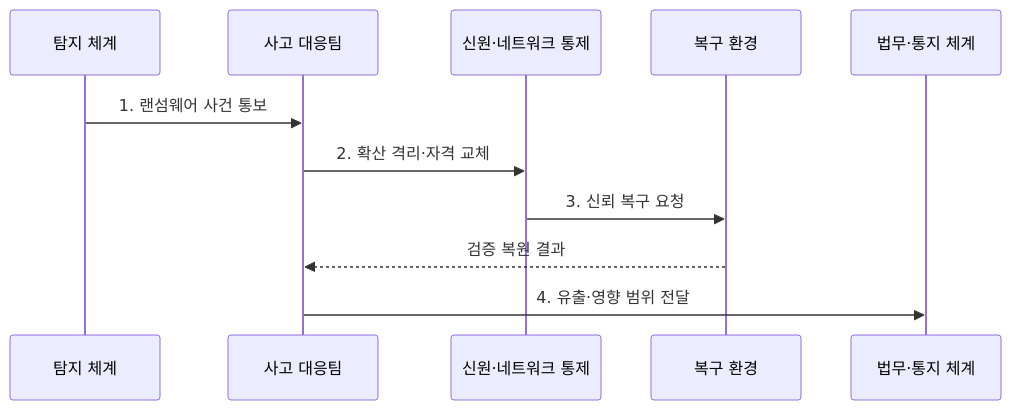
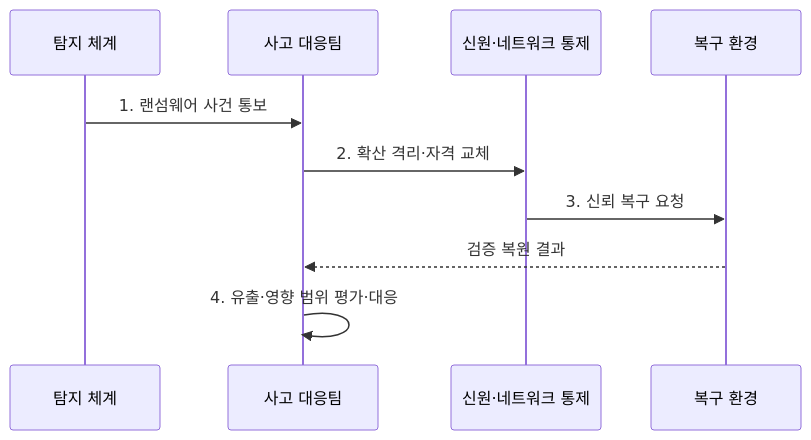
One commit to agnusdei1207/knowledge-base changed the second of 2 diagrams in src/content/docs/notes/05-security/026_ransomware.md. Above: the diagram before and after it, drawn with Mermaid. The commit also changed other lines of this file and 6 other files, not shown here.

Commit message:
Simplify security sequence participants

````diff
--- a/src/content/docs/notes/05-security/026_ransomware.md
+++ b/src/content/docs/notes/05-security/026_ransomware.md
@@ -102,13 +102,12 @@
 ```mermaid
 sequenceDiagram
     participant D as 탐지 체계
     participant I as 사고 대응팀
     participant N as 신원·네트워크 통제
     participant R as 복구 환경
-    participant L as 법무·통지 체계
     D->>I: 1. 랜섬웨어 사건 통보
     I->>N: 2. 확산 격리·자격 교체
     N->>R: 3. 신뢰 복구 요청
     R-->>I: 검증 복원 결과
-    I->>L: 4. 유출·영향 범위 전달
+    I->>I: 4. 유출·영향 범위 평가·대응
 ```
````
